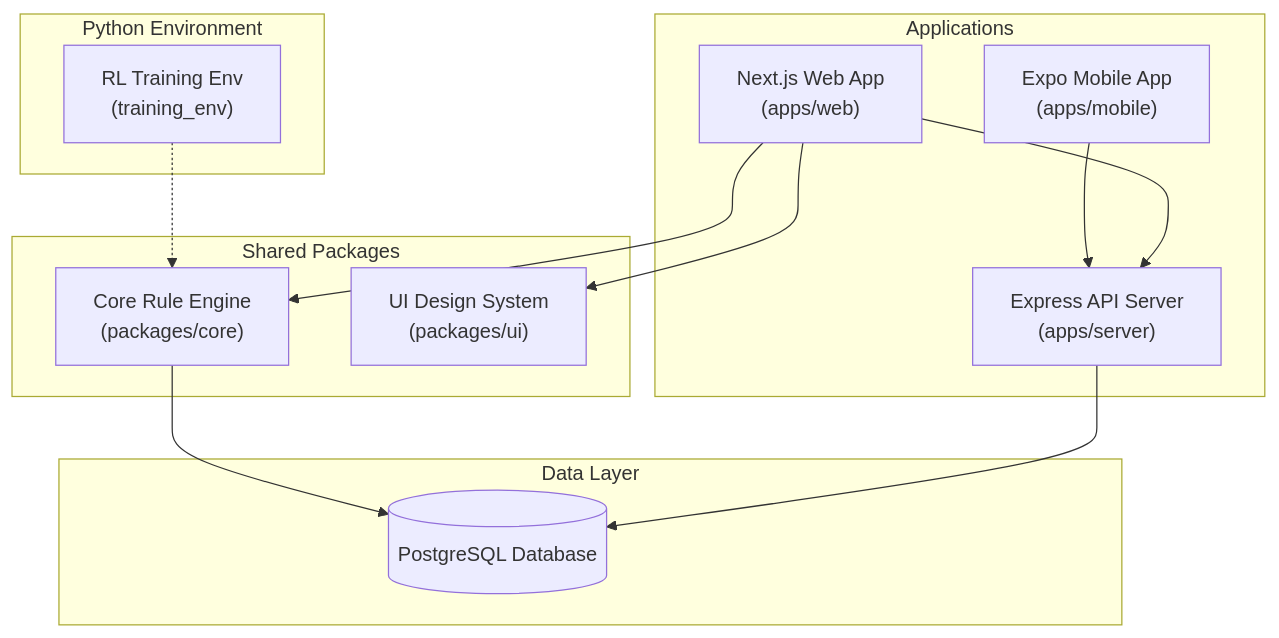
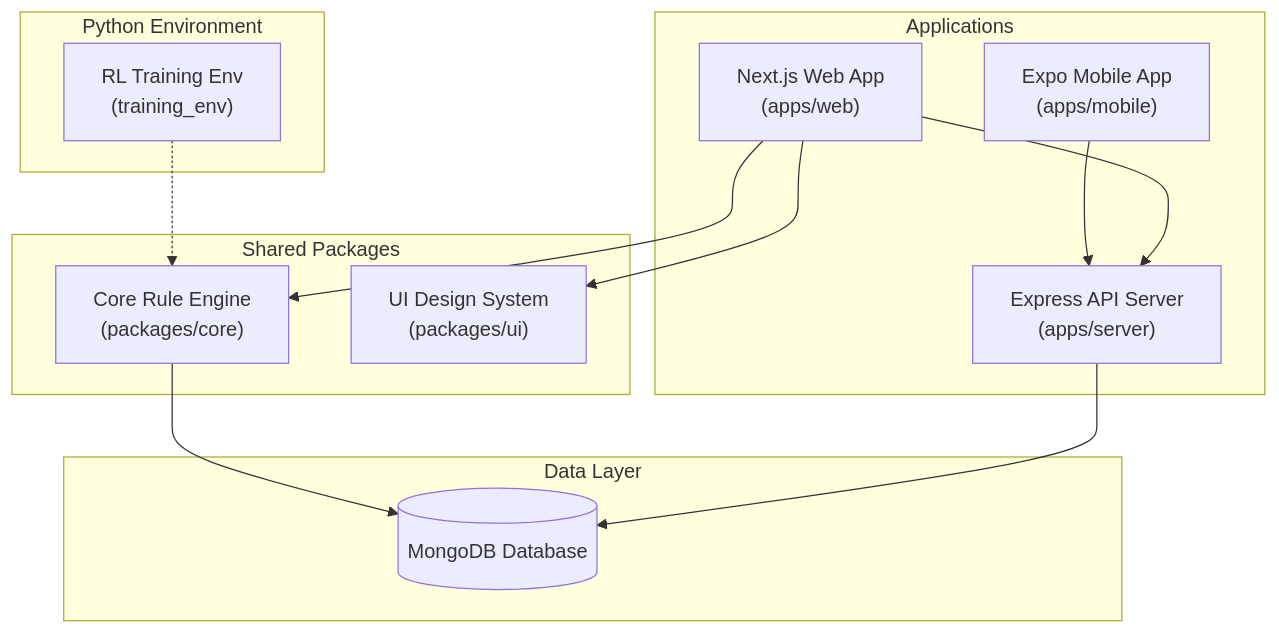
Before and after one commit to krishjp/52archive: the diagram in README.md, drawn with Mermaid. The commit also changed other lines of this file and 3 other files, not shown here.

````diff
--- a/README.md
+++ b/README.md
@@ -7,29 +7,29 @@
 ```mermaid
 graph TD
     subgraph Applications
         Web["Next.js Web App<br>(apps/web)"]
         Mobile["Expo Mobile App<br>(apps/mobile)"]
         Server["Express API Server<br>(apps/server)"]
     end
 
     subgraph Shared Packages
         Core["Core Rule Engine<br>(packages/core)"]
         UI["UI Design System<br>(packages/ui)"]
     end
 
     subgraph Data Layer
-        DB[(PostgreSQL Database)]
+        DB[(MongoDB Database)]
     end
 
     subgraph Python Environment
         RL["RL Training Env<br>(training_env)"]
     end
 
     Web --> Core
     Web --> UI
     Web --> Server
     Mobile --> Server
     Server --> DB
     Core --> DB
     RL -.-> Core
 ```
````
